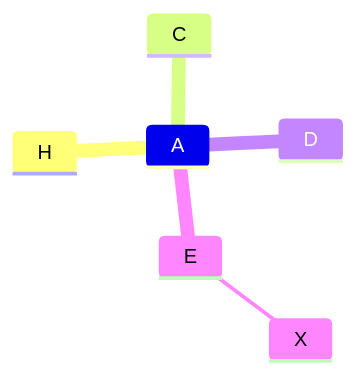
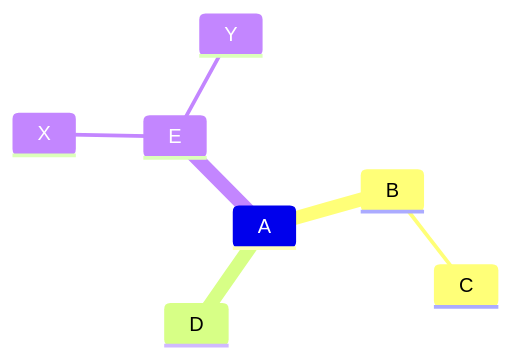
Before and after one commit to singhanmolpreet/mermaid: the fourth of 7 diagrams in mermaid.md, drawn with Mermaid. The commit also changed other lines of this file, not shown here.

````diff
--- a/mermaid.md
+++ b/mermaid.md
@@ -37,9 +36,10 @@
 ``` mermaid
 mindmap
         A
-            H
-            C
+            B
+                C
             D
             E
                 X
+                Y
 ```
````
